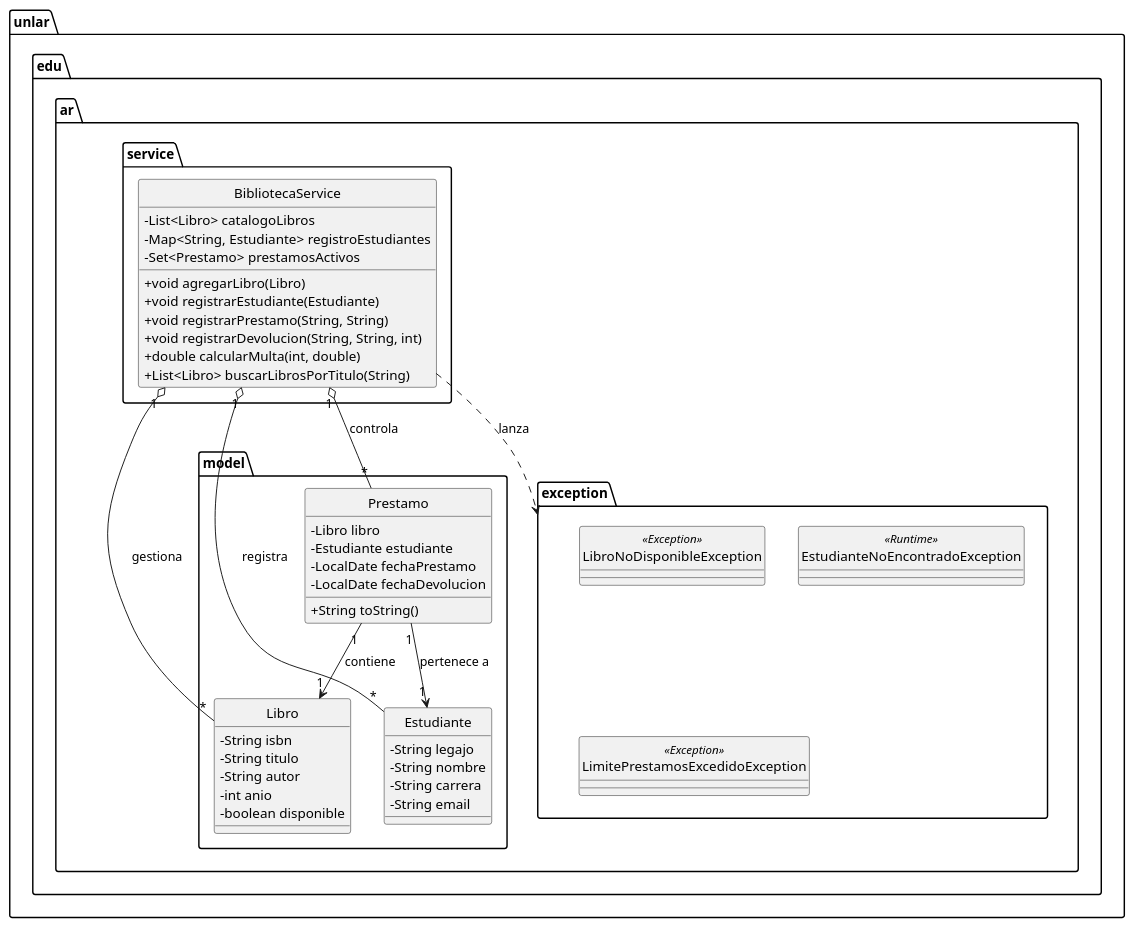
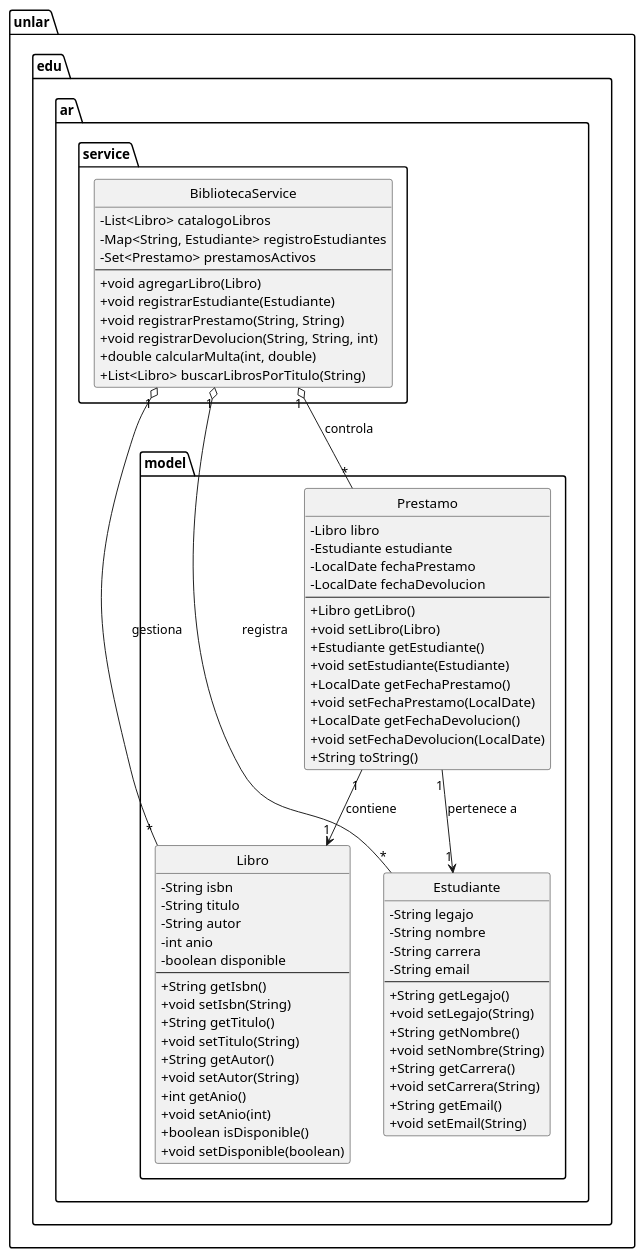
One commit to lionking110/Biblioteca-POO changed the diagram in diagrama.puml. Above: the diagram before and after it, drawn with PlantUML. The commit also changed 4 other files, not shown here.

Commit message:
Creacion del Menu en Main y modificaciones en el Diagrama UML

```diff
--- a/diagrama.puml
+++ b/diagrama.puml
@@ -1,61 +1,84 @@
 @startuml Biblioteca_POO
 
 ' Configuración visual
 skinparam classAttributeIconSize 0
 skinparam monochrome true
 hide circle
 
 package "unlar.edu.ar.model" {
     class Libro {
         - String isbn
         - String titulo
         - String autor
         - int anio
         - boolean disponible
+        --
+        + String getIsbn()
+        + void setIsbn(String)
+        + String getTitulo()
+        + void setTitulo(String)
+        + String getAutor()
+        + void setAutor(String)
+        + int getAnio()
+        + void setAnio(int)
+        + boolean isDisponible()
+        + void setDisponible(boolean)
     }
 
     class Estudiante {
         - String legajo
         - String nombre
         - String carrera
         - String email
+        --
+        + String getLegajo()
+        + void setLegajo(String)
+        + String getNombre()
+        + void setNombre(String)
+        + String getCarrera()
+        + void setCarrera(String)
+        + String getEmail()
+        + void setEmail(String)
     }
 
     class Prestamo {
         - Libro libro
         - Estudiante estudiante
         - LocalDate fechaPrestamo
         - LocalDate fechaDevolucion
+        --
+        + Libro getLibro()
+        + void setLibro(Libro)
+        + Estudiante getEstudiante()
+        + void setEstudiante(Estudiante)
+        + LocalDate getFechaPrestamo()
+        + void setFechaPrestamo(LocalDate)
+        + LocalDate getFechaDevolucion()
+        + void setFechaDevolucion(LocalDate)
         + String toString()
     }
-}
-
-package "unlar.edu.ar.exception" {
-    class LibroNoDisponibleException << (E,red) Exception >>
-    class EstudianteNoEncontradoException << (R,orange) Runtime >>
-    class LimitePrestamosExcedidoException << (E,red) Exception >>
 }
 
 package "unlar.edu.ar.service" {
     class BibliotecaService {
         - List<Libro> catalogoLibros
         - Map<String, Estudiante> registroEstudiantes
         - Set<Prestamo> prestamosActivos
+        --
         + void agregarLibro(Libro)
         + void registrarEstudiante(Estudiante)
         + void registrarPrestamo(String, String)
         + void registrarDevolucion(String, String, int)
         + double calcularMulta(int, double)
         + List<Libro> buscarLibrosPorTitulo(String)
     }
 }
 
 ' Relaciones
 Prestamo "1" --> "1" Libro : contiene
 Prestamo "1" --> "1" Estudiante : pertenece a
 BibliotecaService "1" o-- "*" Libro : gestiona
 BibliotecaService "1" o-- "*" Estudiante : registra
 BibliotecaService "1" o-- "*" Prestamo : controla
-BibliotecaService ..> exception : lanza
 
 @enduml
```
